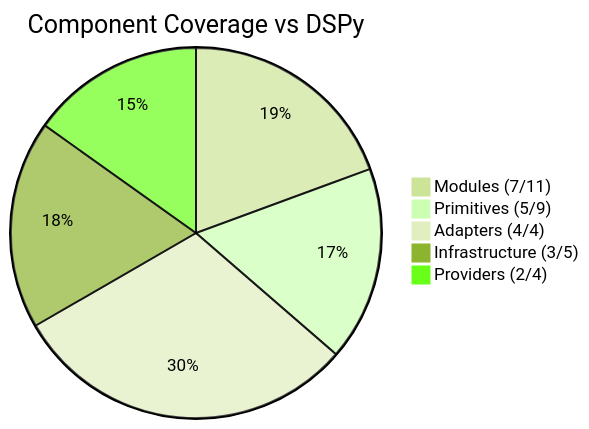
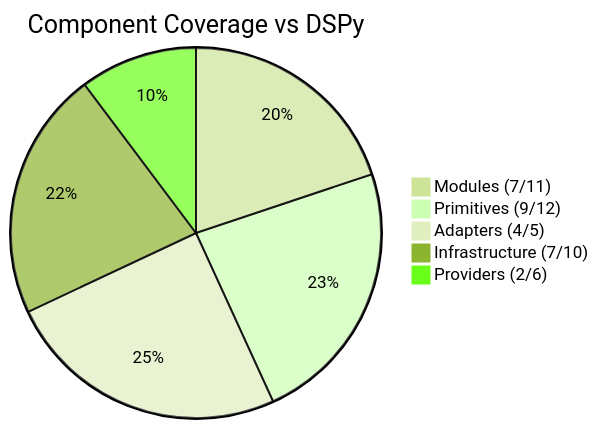
Before and after one commit to assagman/dsgo: the diagram in ROADMAP.md, drawn with Mermaid (forest theme). The commit also changed other lines of this file, not shown here.

Commit message:
update ROADMAP

````diff
--- a/ROADMAP.md
+++ b/ROADMAP.md
@@ -11,8 +11,8 @@
 ```mermaid
 pie title Component Coverage vs DSPy
     "Modules (7/11)" : 64
-    "Primitives (5/9)" : 56
-    "Adapters (4/4)" : 100
-    "Infrastructure (3/5)" : 60
-    "Providers (2/4)" : 50
+    "Primitives (9/12)" : 75
+    "Adapters (4/5)" : 80
+    "Infrastructure (7/10)" : 70
+    "Providers (2/6)" : 33
 ```
````
